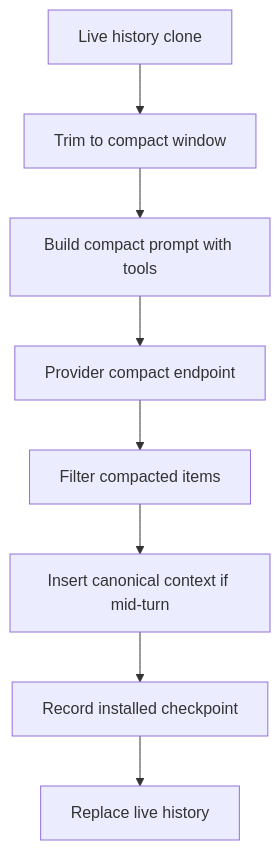
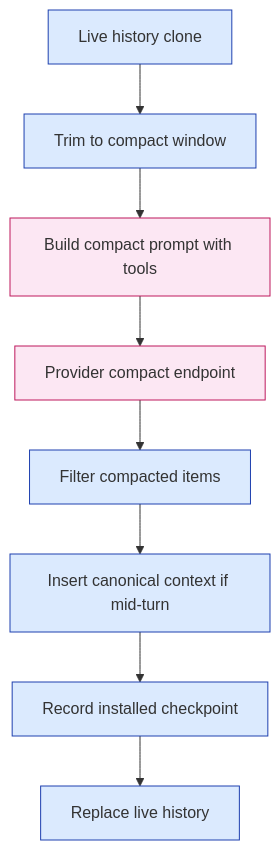
One commit to WineChord/books changed the second of 2 diagrams in docs/codex-context-management/chapter-06.md. Above: the diagram before and after it, drawn with Mermaid. The commit also changed other lines of this file and 21 other files, not shown here.

````diff
--- a/docs/codex-context-management/chapter-06.md
+++ b/docs/codex-context-management/chapter-06.md
@@ -98,10 +143,14 @@
 ```mermaid
 graph TD
   A[Live history clone] --> B[Trim to compact window]
   B --> C[Build compact prompt with tools]
   C --> D[Provider compact endpoint]
   D --> E[Filter compacted items]
   E --> F[Insert canonical context if mid-turn]
   F --> G[Record installed checkpoint]
   G --> H[Replace live history]
+  classDef provider fill:#fce7f3,stroke:#be185d;
+  classDef local fill:#dbeafe,stroke:#1e40af;
+  class C,D provider;
+  class A,B,E,F,G,H local;
 ```
````
